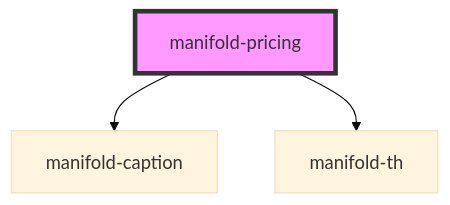
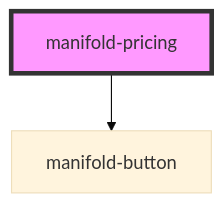
Before and after one commit to manifoldco/component-plan-matrix: the diagram in src/components/manifold-pricing/readme.md, drawn with Mermaid (base theme). The commit also changed other lines of this file and 7 other files, not shown here.

````diff
--- a/src/components/manifold-pricing/readme.md
+++ b/src/components/manifold-pricing/readme.md
@@ -16,6 +15,5 @@
 ```mermaid
 graph TD;
-  manifold-pricing --> manifold-caption
-  manifold-pricing --> manifold-th
+  manifold-pricing --> manifold-button
   style manifold-pricing fill:#f9f,stroke:#333,stroke-width:4px
 ```
````
